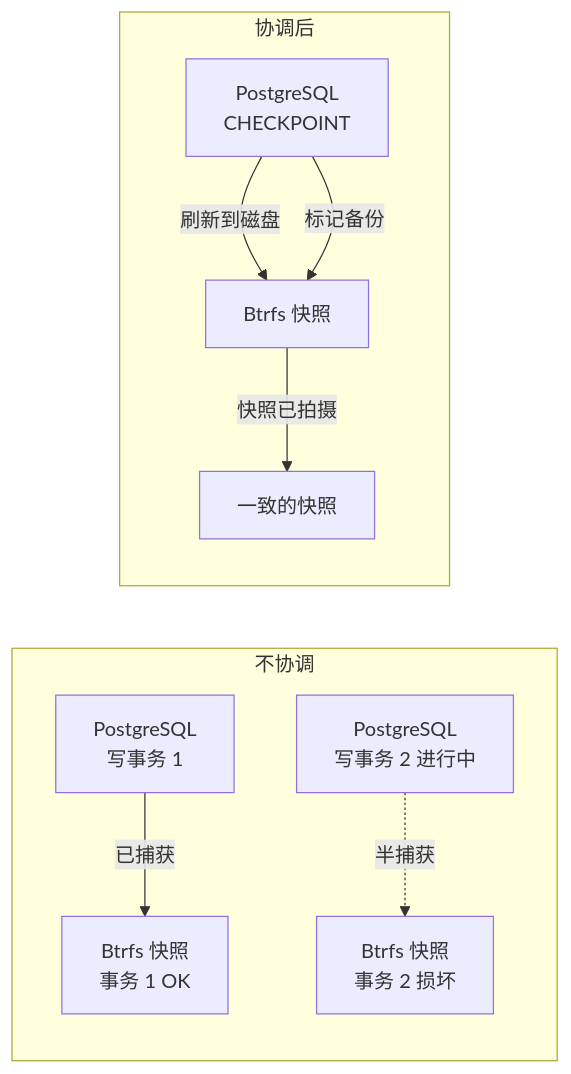
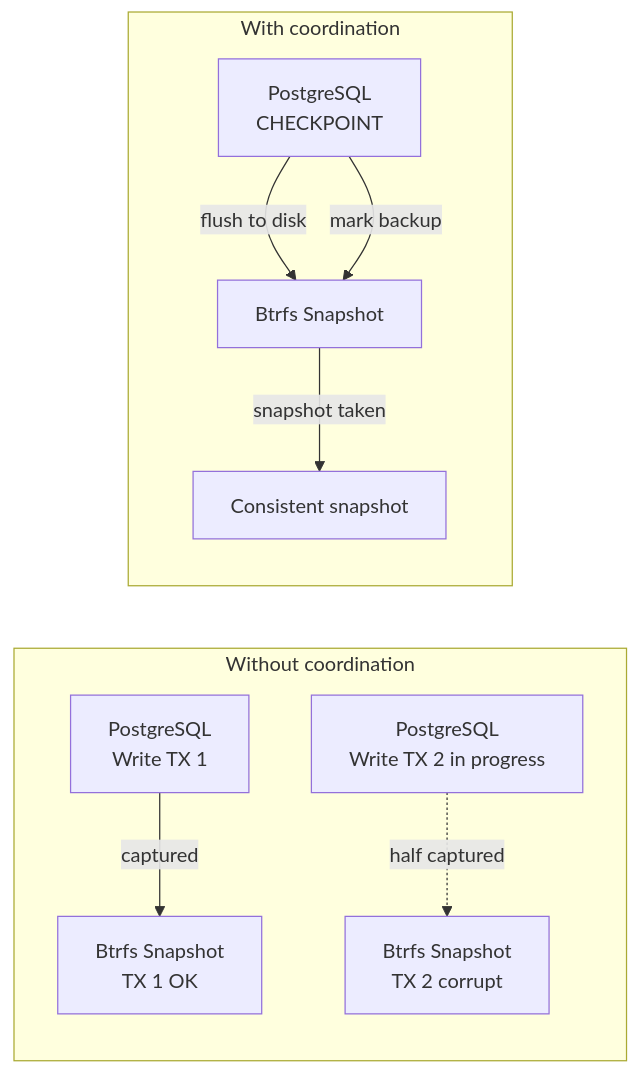
One commit to stars-labs/self-healing-nixos-infra changed the diagram in i18n/zh/docusaurus-plugin-content-docs/current/07-database-snapshot-strategy.md. Above: the diagram before and after it, drawn with Mermaid. The commit also changed other lines of this file and 15 other files, not shown here.

First line of the commit message:
Fix Mermaid parse errors in Chinese docs

````diff
--- a/i18n/zh/docusaurus-plugin-content-docs/current/07-database-snapshot-strategy.md
+++ b/i18n/zh/docusaurus-plugin-content-docs/current/07-database-snapshot-strategy.md
@@ -12,13 +12,13 @@
 ```mermaid
 flowchart LR
-    subgraph Without["不协调"]
-        A[PostgreSQL<br/>写事务 1] -->|已捕获| B[Btrfs 快照<br/>事务 1 OK]
-        C[PostgreSQL<br/>写事务 2 进行中] -.->|半捕获| D[Btrfs 快照<br/>事务 2 损坏]
+    subgraph Without["Without coordination"]
+        A[PostgreSQL<br/>Write TX 1] -->|captured| B[Btrfs Snapshot<br/>TX 1 OK]
+        C[PostgreSQL<br/>Write TX 2 in progress] -.->|half captured| D[Btrfs Snapshot<br/>TX 2 corrupt]
     end
     
-    subgraph With["协调后"]
-        E[PostgreSQL<br/>CHECKPOINT] -->|刷新到磁盘| F[Btrfs 快照]
-        E -->|标记备份| F
-        F -->|快照已拍摄| G[一致的快照]
+    subgraph With["With coordination"]
+        E[PostgreSQL<br/>CHECKPOINT] -->|flush to disk| F[Btrfs Snapshot]
+        E -->|mark backup| F
+        F -->|snapshot taken| G[Consistent snapshot]
     end
 ```
````
